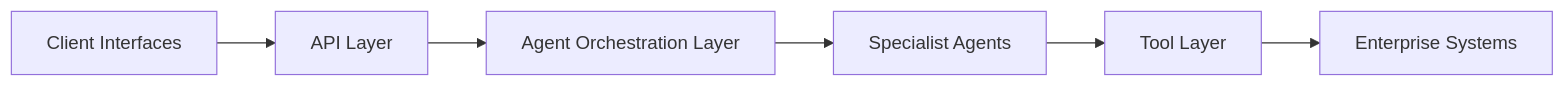
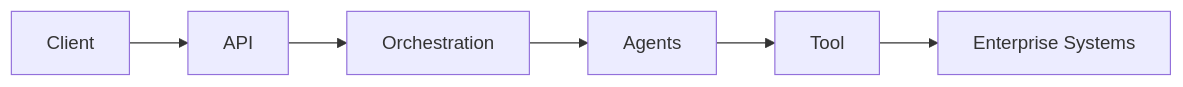
One commit to Poochaman/Poochaman changed the diagram in README.md. Above: the diagram before and after it, drawn with Mermaid.

Commit message:
Update flowchart labels in README.md

````diff
--- a/README.md
+++ b/README.md
@@ -7,8 +7,8 @@
 ```mermaid
 flowchart LR
-    A[Client Interfaces] --> B[API Layer]
-    B --> C[Agent Orchestration Layer]
-    C --> D[Specialist Agents]
-    D --> E[Tool Layer]
+    A[Client] --> B[API]
+    B --> C[Orchestration]
+    C --> D[Agents]
+    D --> E[Tool]
     E --> F[Enterprise Systems]
 ```
````
